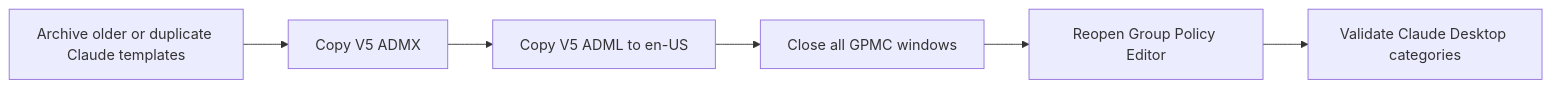
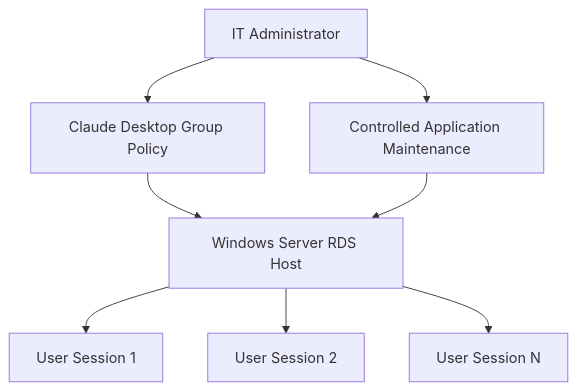
One commit to AhmetDoruk/CloudeDesktopGPOTemplates changed the second of 2 diagrams in README.md. Above: the diagram before and after it, drawn with Mermaid. The commit also changed other lines of this file, not shown here.

First line of the commit message:
Revise README for Claude Desktop ADMX/ADML templates

````diff
--- a/README.md
+++ b/README.md
@@ -227,8 +169,10 @@
 ```mermaid
-flowchart LR
-    A[Archive older or duplicate Claude templates] --> B[Copy V5 ADMX]
-    B --> C[Copy V5 ADML to en-US]
-    C --> D[Close all GPMC windows]
-    D --> E[Reopen Group Policy Editor]
-    E --> F[Validate Claude Desktop categories]
+flowchart TD
+    A[IT Administrator] --> B[Claude Desktop Group Policy]
+    B --> C[Windows Server RDS Host]
+    C --> D[User Session 1]
+    C --> E[User Session 2]
+    C --> F[User Session N]
+    A --> G[Controlled Application Maintenance]
+    G --> C
 ```
````
